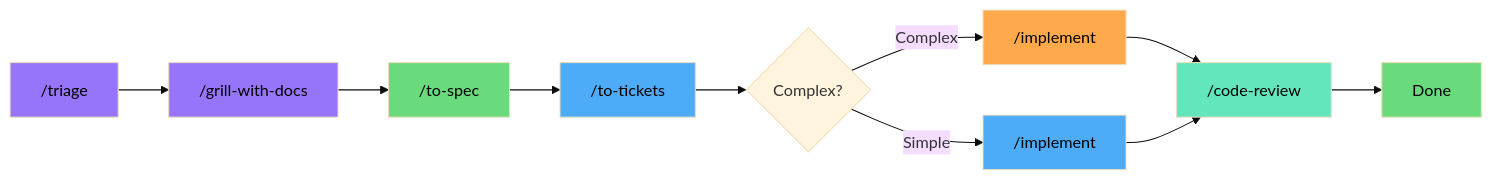
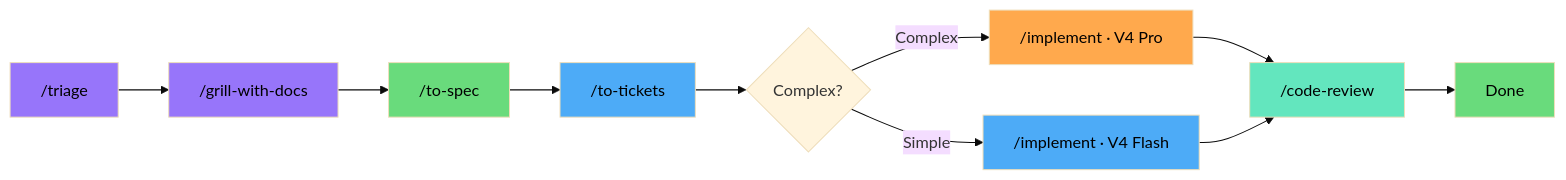
Before and after one commit to elisharkray1030/ai-coding-workflow: the first of 12 diagrams in README.md, drawn with Mermaid (base theme). The commit also changed other lines of this file, not shown here.

Commit message:
fix: embed model into New Project implement node labels
Replace bare '/implement' nodes with '/implement · V4 Pro' and
'/implement · V4 Flash' so the Complex/Simple distinction is
self-evident from the diagram. No ambiguity.

````diff
--- a/README.md
+++ b/README.md
@@ -35,27 +35,27 @@
 ```mermaid
 graph LR
     TR[ /triage] --> IN[ /grill-with-docs]
     IN --> SP[ /to-spec]
     SP --> TK[ /to-tickets]
     TK --> D{Complex?}
-    D -->|Complex| IC[ /implement]
-    D -->|Simple| IS[ /implement]
+    D -->|Complex| IC[ /implement · V4 Pro]
+    D -->|Simple| IS[ /implement · V4 Flash]
     IC --> CR[ /code-review]
     IS --> CR
     CR --> DN[Done]
 
     classDef purple fill:#9775fa,color:#000
     classDef green fill:#69db7c,color:#000
     classDef blue fill:#4dabf7,color:#000
     classDef orange fill:#ffa94d,color:#000
     classDef teal fill:#63e6be,color:#000
     classDef yellow fill:#fcc419,color:#000
     classDef red fill:#ff8787,color:#000
 
     class TR,IN purple
     class SP green
     class TK,IS blue
     class IC orange
     class CR teal
     class DN green
 ```
````
